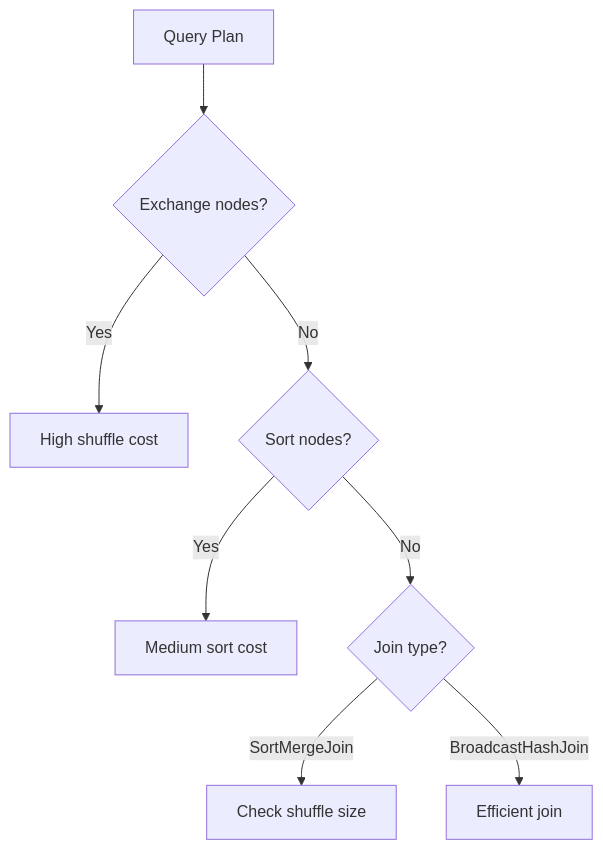
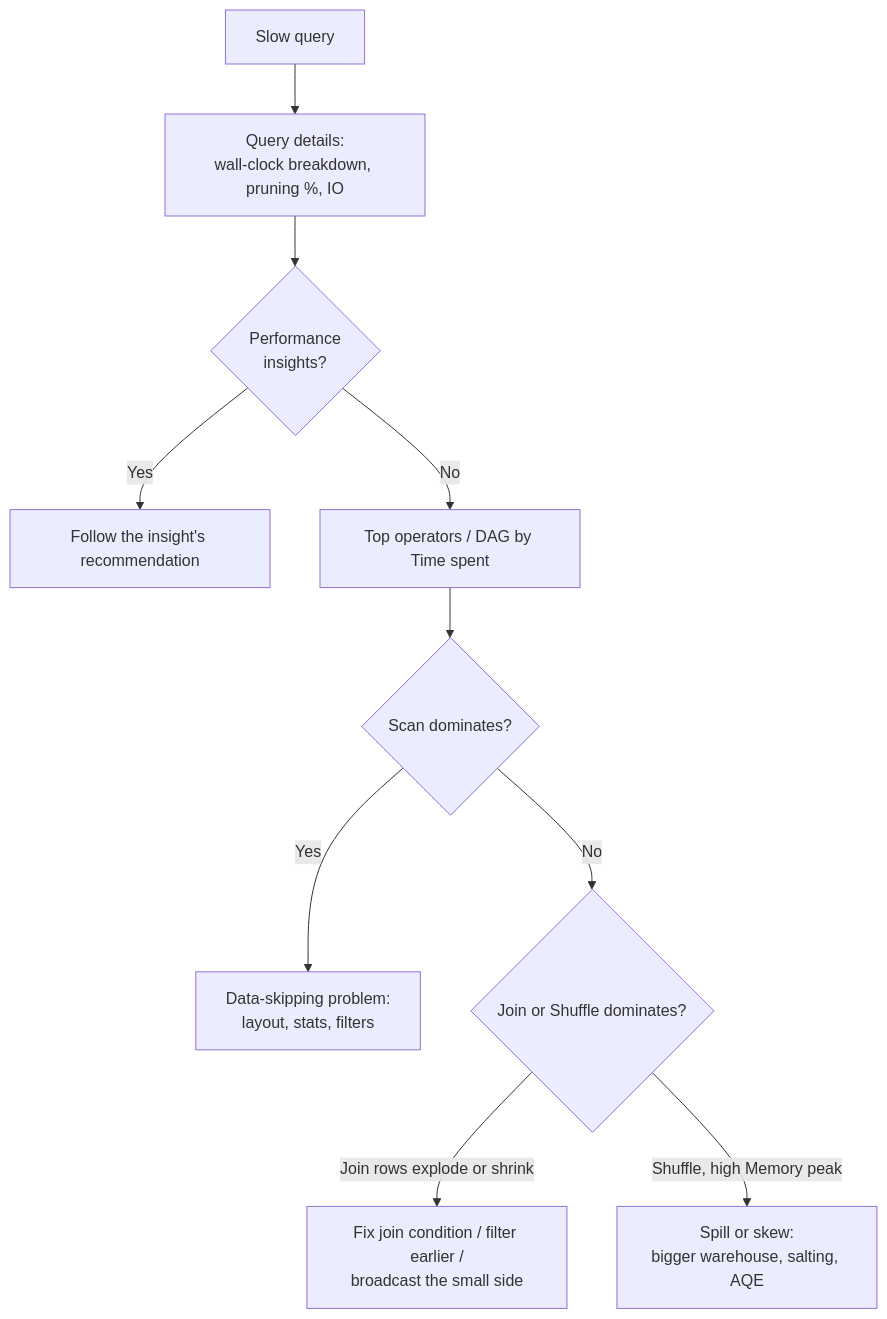
One commit to kengio/databricks-certification-study-guide changed the diagram in certifications/data-engineer-professional/05-cost-and-performance-optimization/05-query-profiler.md. Above: the diagram before and after it, drawn with Mermaid. The commit also changed other lines of this file and 108 other files, not shown here.

````diff
--- a/certifications/data-engineer-professional/05-cost-and-performance-optimization/05-query-profiler.md
+++ b/certifications/data-engineer-professional/05-cost-and-performance-optimization/05-query-profiler.md
@@ -134,12 +90,12 @@
 ```mermaid
 flowchart TD
-    Plan[Query Plan] --> Exchange{Exchange nodes?}
-    Exchange --> |Yes| HighCost[High shuffle cost]
-    Exchange --> |No| CheckSort{Sort nodes?}
-
-    CheckSort --> |Yes| MediumCost[Medium sort cost]
-    CheckSort --> |No| CheckJoin{Join type?}
-
-    CheckJoin --> |SortMergeJoin| JoinCost[Check shuffle size]
-    CheckJoin --> |BroadcastHashJoin| LowJoin[Efficient join]
+    Start[Slow query] --> Sum[Query details:<br/>wall-clock breakdown, pruning %, IO]
+    Sum --> Ins{Performance<br/>insights?}
+    Ins -->|Yes| Fix[Follow the insight's recommendation]
+    Ins -->|No| Top[Top operators / DAG by Time spent]
+    Top --> Scan{Scan dominates?}
+    Scan -->|Yes| Skip[Data-skipping problem:<br/>layout, stats, filters]
+    Scan -->|No| Join{Join or Shuffle dominates?}
+    Join -->|Join rows explode or shrink| JoinFix[Fix join condition / filter earlier /<br/>broadcast the small side]
+    Join -->|Shuffle, high Memory peak| Spill[Spill or skew:<br/>bigger warehouse, salting, AQE]
 ```
````
